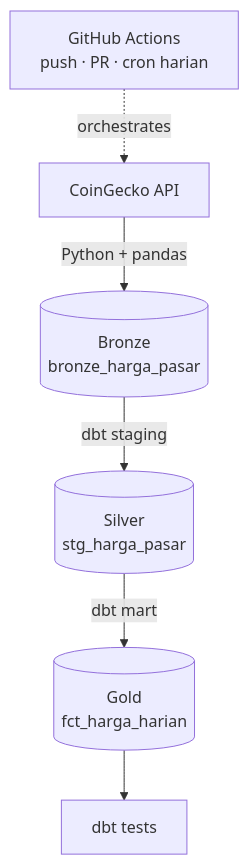
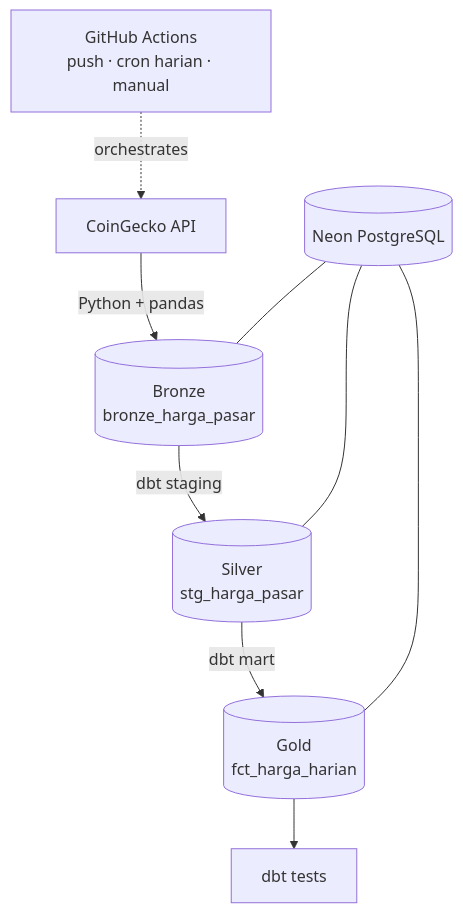
One commit to dimssrmdn01/commodex changed the diagram in README.md. Above: the diagram before and after it, drawn with Mermaid. The commit also changed other lines of this file, not shown here.

`````diff
--- a/README.md
+++ b/README.md
@@ -30,8 +32,11 @@
 ````mermaid
 flowchart TD
     A[CoinGecko API] -->|Python + pandas| B[(Bronze<br/>bronze_harga_pasar)]
     B -->|dbt staging| C[(Silver<br/>stg_harga_pasar)]
     C -->|dbt mart| D[(Gold<br/>fct_harga_harian)]
     D --> E[dbt tests]
-    F[GitHub Actions<br/>push · PR · cron harian] -.->|orchestrates| A
+    F[GitHub Actions<br/>push · cron harian · manual] -.->|orchestrates| A
+    G[(Neon PostgreSQL)] --- B
+    G --- C
+    G --- D
 ````
`````
